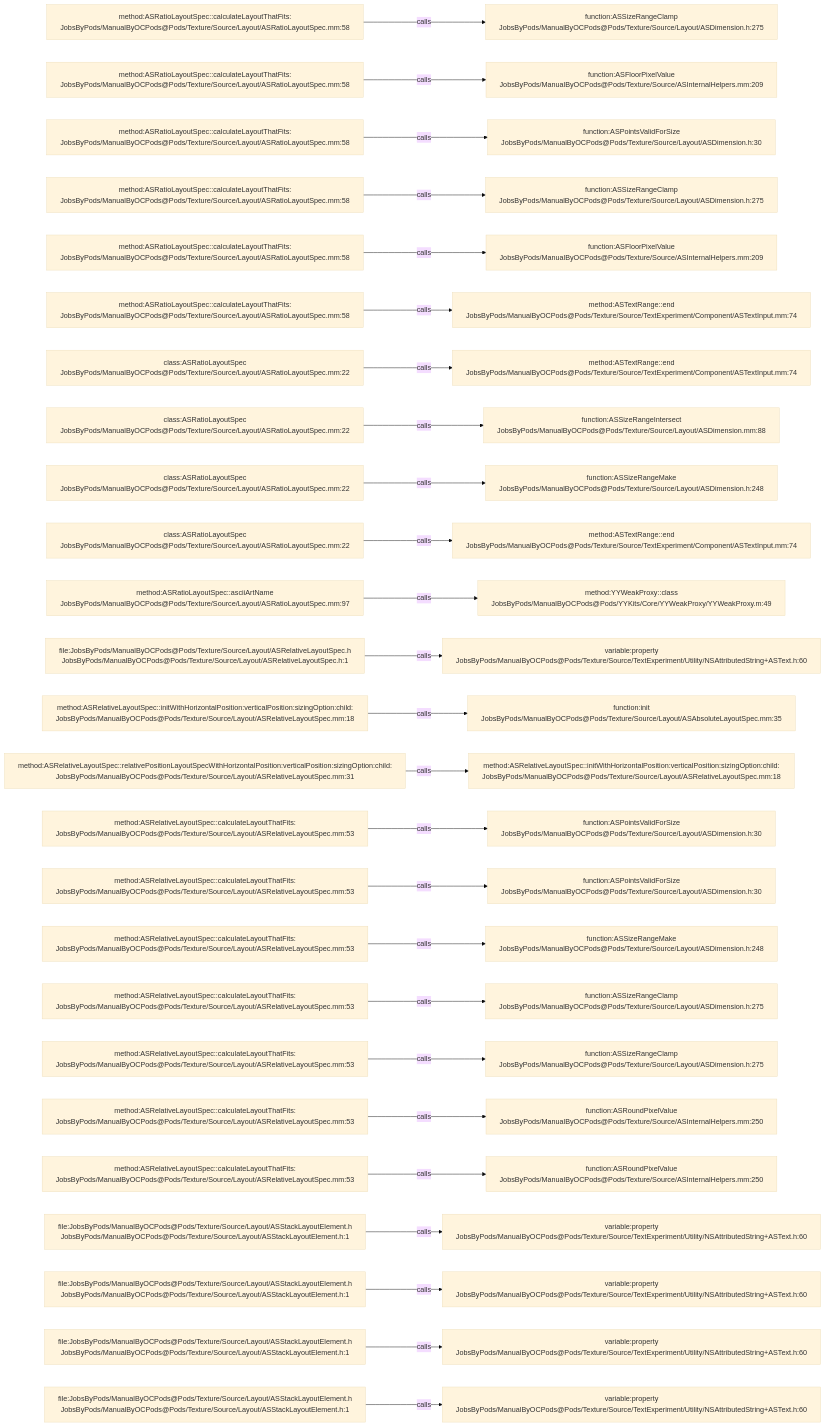
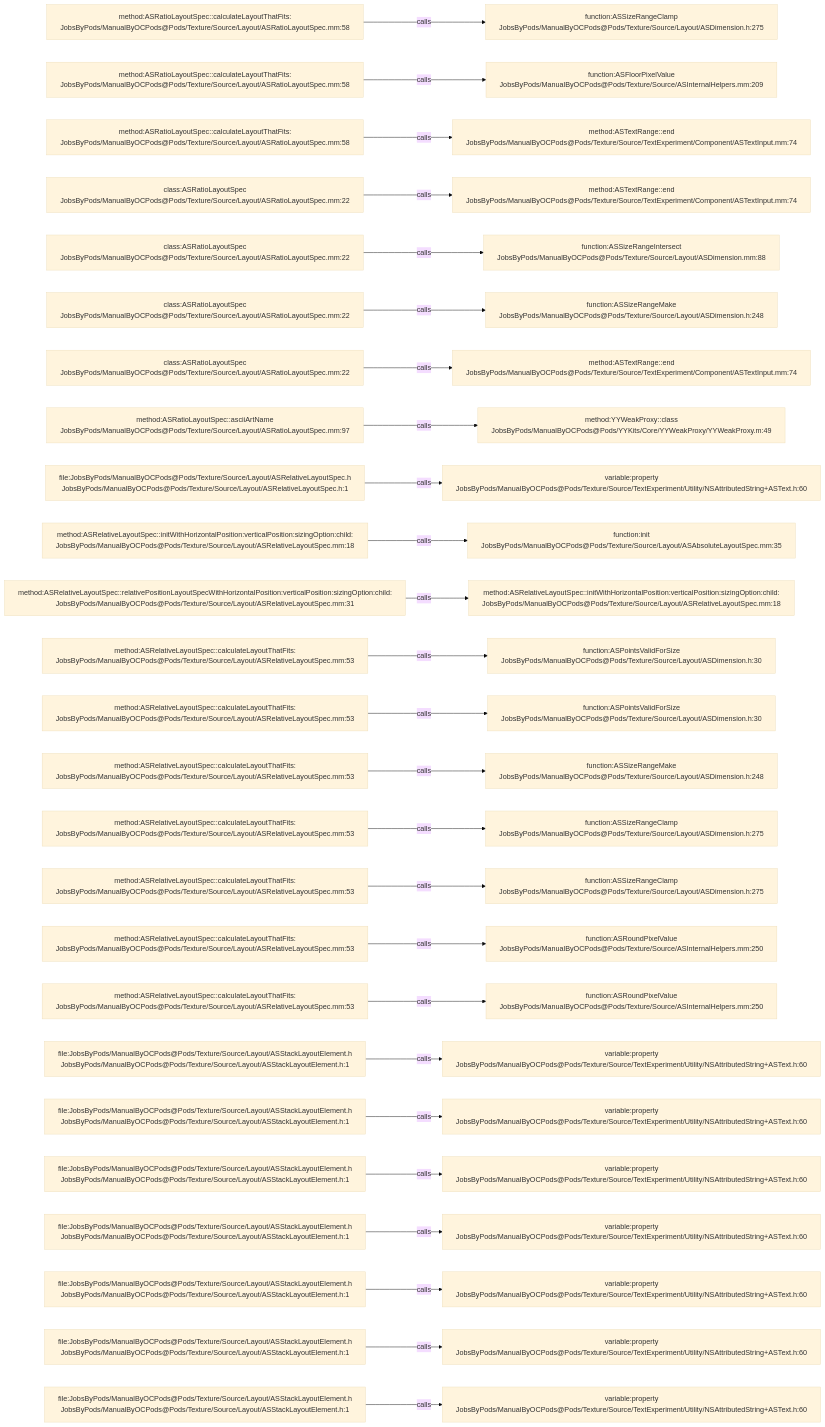
One commit to JobsKits/JobsOCBaseConfigDemo changed the diagram in .codegraph/codegraph.md/graphs/calls-184.md. Above: the diagram before and after it, drawn with Mermaid (base theme). The commit also changed 342 other files, not shown here.

````diff
--- a/.codegraph/codegraph.md/graphs/calls-184.md
+++ b/.codegraph/codegraph.md/graphs/calls-184.md
@@ -13,78 +13,78 @@
 ```mermaid
 flowchart LR
   S1["method:ASRatioLayoutSpec::calculateLayoutThatFits:<br/>JobsByPods/ManualByOCPods@Pods/Texture/Source/Layout/ASRatioLayoutSpec.mm:58"]
   T1["function:ASSizeRangeClamp<br/>JobsByPods/ManualByOCPods@Pods/Texture/Source/Layout/ASDimension.h:275"]
   S1 -->|calls| T1
   S2["method:ASRatioLayoutSpec::calculateLayoutThatFits:<br/>JobsByPods/ManualByOCPods@Pods/Texture/Source/Layout/ASRatioLayoutSpec.mm:58"]
   T2["function:ASFloorPixelValue<br/>JobsByPods/ManualByOCPods@Pods/Texture/Source/ASInternalHelpers.mm:209"]
   S2 -->|calls| T2
   S3["method:ASRatioLayoutSpec::calculateLayoutThatFits:<br/>JobsByPods/ManualByOCPods@Pods/Texture/Source/Layout/ASRatioLayoutSpec.mm:58"]
-  T3["function:ASPointsValidForSize<br/>JobsByPods/ManualByOCPods@Pods/Texture/Source/Layout/ASDimension.h:30"]
+  T3["method:ASTextRange::end<br/>JobsByPods/ManualByOCPods@Pods/Texture/Source/TextExperiment/Component/ASTextInput.mm:74"]
   S3 -->|calls| T3
-  S4["method:ASRatioLayoutSpec::calculateLayoutThatFits:<br/>JobsByPods/ManualByOCPods@Pods/Texture/Source/Layout/ASRatioLayoutSpec.mm:58"]
-  T4["function:ASSizeRangeClamp<br/>JobsByPods/ManualByOCPods@Pods/Texture/Source/Layout/ASDimension.h:275"]
+  S4["class:ASRatioLayoutSpec<br/>JobsByPods/ManualByOCPods@Pods/Texture/Source/Layout/ASRatioLayoutSpec.mm:22"]
+  T4["method:ASTextRange::end<br/>JobsByPods/ManualByOCPods@Pods/Texture/Source/TextExperiment/Component/ASTextInput.mm:74"]
   S4 -->|calls| T4
-  S5["method:ASRatioLayoutSpec::calculateLayoutThatFits:<br/>JobsByPods/ManualByOCPods@Pods/Texture/Source/Layout/ASRatioLayoutSpec.mm:58"]
-  T5["function:ASFloorPixelValue<br/>JobsByPods/ManualByOCPods@Pods/Texture/Source/ASInternalHelpers.mm:209"]
+  S5["class:ASRatioLayoutSpec<br/>JobsByPods/ManualByOCPods@Pods/Texture/Source/Layout/ASRatioLayoutSpec.mm:22"]
+  T5["function:ASSizeRangeIntersect<br/>JobsByPods/ManualByOCPods@Pods/Texture/Source/Layout/ASDimension.mm:88"]
   S5 -->|calls| T5
-  S6["method:ASRatioLayoutSpec::calculateLayoutThatFits:<br/>JobsByPods/ManualByOCPods@Pods/Texture/Source/Layout/ASRatioLayoutSpec.mm:58"]
-  T6["method:ASTextRange::end<br/>JobsByPods/ManualByOCPods@Pods/Texture/Source/TextExperiment/Component/ASTextInput.mm:74"]
+  S6["class:ASRatioLayoutSpec<br/>JobsByPods/ManualByOCPods@Pods/Texture/Source/Layout/ASRatioLayoutSpec.mm:22"]
+  T6["function:ASSizeRangeMake<br/>JobsByPods/ManualByOCPods@Pods/Texture/Source/Layout/ASDimension.h:248"]
   S6 -->|calls| T6
   S7["class:ASRatioLayoutSpec<br/>JobsByPods/ManualByOCPods@Pods/Texture/Source/Layout/ASRatioLayoutSpec.mm:22"]
   T7["method:ASTextRange::end<br/>JobsByPods/ManualByOCPods@Pods/Texture/Source/TextExperiment/Component/ASTextInput.mm:74"]
   S7 -->|calls| T7
-  S8["class:ASRatioLayoutSpec<br/>JobsByPods/ManualByOCPods@Pods/Texture/Source/Layout/ASRatioLayoutSpec.mm:22"]
-  T8["function:ASSizeRangeIntersect<br/>JobsByPods/ManualByOCPods@Pods/Texture/Source/Layout/ASDimension.mm:88"]
+  S8["method:ASRatioLayoutSpec::asciiArtName<br/>JobsByPods/ManualByOCPods@Pods/Texture/Source/Layout/ASRatioLayoutSpec.mm:97"]
+  T8["method:YYWeakProxy::class<br/>JobsByPods/ManualByOCPods@Pods/YYKits/Core/YYWeakProxy/YYWeakProxy.m:49"]
   S8 -->|calls| T8
-  S9["class:ASRatioLayoutSpec<br/>JobsByPods/ManualByOCPods@Pods/Texture/Source/Layout/ASRatioLayoutSpec.mm:22"]
-  T9["function:ASSizeRangeMake<br/>JobsByPods/ManualByOCPods@Pods/Texture/Source/Layout/ASDimension.h:248"]
+  S9["file:JobsByPods/ManualByOCPods@Pods/Texture/Source/Layout/ASRelativeLayoutSpec.h<br/>JobsByPods/ManualByOCPods@Pods/Texture/Source/Layout/ASRelativeLayoutSpec.h:1"]
+  T9["variable:property<br/>JobsByPods/ManualByOCPods@Pods/Texture/Source/TextExperiment/Utility/NSAttributedString+ASText.h:60"]
   S9 -->|calls| T9
-  S10["class:ASRatioLayoutSpec<br/>JobsByPods/ManualByOCPods@Pods/Texture/Source/Layout/ASRatioLayoutSpec.mm:22"]
-  T10["method:ASTextRange::end<br/>JobsByPods/ManualByOCPods@Pods/Texture/Source/TextExperiment/Component/ASTextInput.mm:74"]
+  S10["method:ASRelativeLayoutSpec::initWithHorizontalPosition:verticalPosition:sizingOption:child:<br/>JobsByPods/ManualByOCPods@Pods/Texture/Source/Layout/ASRelativeLayoutSpec.mm:18"]
+  T10["function:init<br/>JobsByPods/ManualByOCPods@Pods/Texture/Source/Layout/ASAbsoluteLayoutSpec.mm:35"]
   S10 -->|calls| T10
-  S11["method:ASRatioLayoutSpec::asciiArtName<br/>JobsByPods/ManualByOCPods@Pods/Texture/Source/Layout/ASRatioLayoutSpec.mm:97"]
-  T11["method:YYWeakProxy::class<br/>JobsByPods/ManualByOCPods@Pods/YYKits/Core/YYWeakProxy/YYWeakProxy.m:49"]
+  S11["method:ASRelativeLayoutSpec::relativePositionLayoutSpecWithHorizontalPosition:verticalPosition:sizingOption:child:<br/>JobsByPods/ManualByOCPods@Pods/Texture/Source/Layout/ASRelativeLayoutSpec.mm:31"]
+  T11["method:ASRelativeLayoutSpec::initWithHorizontalPosition:verticalPosition:sizingOption:child:<br/>JobsByPods/ManualByOCPods@Pods/Texture/Source/Layout/ASRelativeLayoutSpec.mm:18"]
   S11 -->|calls| T11
-  S12["file:JobsByPods/ManualByOCPods@Pods/Texture/Source/Layout/ASRelativeLayoutSpec.h<br/>JobsByPods/ManualByOCPods@Pods/Texture/Source/Layout/ASRelativeLayoutSpec.h:1"]
-  T12["variable:property<br/>JobsByPods/ManualByOCPods@Pods/Texture/Source/TextExperiment/Utility/NSAttributedString+ASText.h:60"]
+  S12["method:ASRelativeLayoutSpec::calculateLayoutThatFits:<br/>JobsByPods/ManualByOCPods@Pods/Texture/Source/Layout/ASRelativeLayoutSpec.mm:53"]
+  T12["function:ASPointsValidForSize<br/>JobsByPods/ManualByOCPods@Pods/Texture/Source/Layout/ASDimension.h:30"]
   S12 -->|calls| T12
-  S13["method:ASRelativeLayoutSpec::initWithHorizontalPosition:verticalPosition:sizingOption:child:<br/>JobsByPods/ManualByOCPods@Pods/Texture/Source/Layout/ASRelativeLayoutSpec.mm:18"]
-  T13["function:init<br/>JobsByPods/ManualByOCPods@Pods/Texture/Source/Layout/ASAbsoluteLayoutSpec.mm:35"]
+  S13["method:ASRelativeLayoutSpec::calculateLayoutThatFits:<br/>JobsByPods/ManualByOCPods@Pods/Texture/Source/Layout/ASRelativeLayoutSpec.mm:53"]
+  T13["function:ASPointsValidForSize<br/>JobsByPods/ManualByOCPods@Pods/Texture/Source/Layout/ASDimension.h:30"]
   S13 -->|calls| T13
-  S14["method:ASRelativeLayoutSpec::relativePositionLayoutSpecWithHorizontalPosition:verticalPosition:sizingOption:child:<br/>JobsByPods/ManualByOCPods@Pods/Texture/Source/Layout/ASRelativeLayoutSpec.mm:31"]
-  T14["method:ASRelativeLayoutSpec::initWithHorizontalPosition:verticalPosition:sizingOption:child:<br/>JobsByPods/ManualByOCPods@Pods/Texture/Source/Layout/ASRelativeLayoutSpec.mm:18"]
+  S14["method:ASRelativeLayoutSpec::calculateLayoutThatFits:<br/>JobsByPods/ManualByOCPods@Pods/Texture/Source/Layout/ASRelativeLayoutSpec.mm:53"]
+  T14["function:ASSizeRangeMake<br/>JobsByPods/ManualByOCPods@Pods/Texture/Source/Layout/ASDimension.h:248"]
   S14 -->|calls| T14
   S15["method:ASRelativeLayoutSpec::calculateLayoutThatFits:<br/>JobsByPods/ManualByOCPods@Pods/Texture/Source/Layout/ASRelativeLayoutSpec.mm:53"]
-  T15["function:ASPointsValidForSize<br/>JobsByPods/ManualByOCPods@Pods/Texture/Source/Layout/ASDimension.h:30"]
+  T15["function:ASSizeRangeClamp<br/>JobsByPods/ManualByOCPods@Pods/Texture/Source/Layout/ASDimension.h:275"]
   S15 -->|calls| T15
   S16["method:ASRelativeLayoutSpec::calculateLayoutThatFits:<br/>JobsByPods/ManualByOCPods@Pods/Texture/Source/Layout/ASRelativeLayoutSpec.mm:53"]
-  T16["function:ASPointsValidForSize<br/>JobsByPods/ManualByOCPods@Pods/Texture/Source/Layout/ASDimension.h:30"]
+  T16["function:ASSizeRangeClamp<br/>JobsByPods/ManualByOCPods@Pods/Texture/Source/Layout/ASDimension.h:275"]
   S16 -->|calls| T16
   S17["method:ASRelativeLayoutSpec::calculateLayoutThatFits:<br/>JobsByPods/ManualByOCPods@Pods/Texture/Source/Layout/ASRelativeLayoutSpec.mm:53"]
-  T17["function:ASSizeRangeMake<br/>JobsByPods/ManualByOCPods@Pods/Texture/Source/Layout/ASDimension.h:248"]
+  T17["function:ASRoundPixelValue<br/>JobsByPods/ManualByOCPods@Pods/Texture/Source/ASInternalHelpers.mm:250"]
   S17 -->|calls| T17
   S18["method:ASRelativeLayoutSpec::calculateLayoutThatFits:<br/>JobsByPods/ManualByOCPods@Pods/Texture/Source/Layout/ASRelativeLayoutSpec.mm:53"]
-  T18["function:ASSizeRangeClamp<br/>JobsByPods/ManualByOCPods@Pods/Texture/Source/Layout/ASDimension.h:275"]
+  T18["function:ASRoundPixelValue<br/>JobsByPods/ManualByOCPods@Pods/Texture/Source/ASInternalHelpers.mm:250"]
   S18 -->|calls| T18
-  S19["method:ASRelativeLayoutSpec::calculateLayoutThatFits:<br/>JobsByPods/ManualByOCPods@Pods/Texture/Source/Layout/ASRelativeLayoutSpec.mm:53"]
-  T19["function:ASSizeRangeClamp<br/>JobsByPods/ManualByOCPods@Pods/Texture/Source/Layout/ASDimension.h:275"]
+  S19["file:JobsByPods/ManualByOCPods@Pods/Texture/Source/Layout/ASStackLayoutElement.h<br/>JobsByPods/ManualByOCPods@Pods/Texture/Source/Layout/ASStackLayoutElement.h:1"]
+  T19["variable:property<br/>JobsByPods/ManualByOCPods@Pods/Texture/Source/TextExperiment/Utility/NSAttributedString+ASText.h:60"]
   S19 -->|calls| T19
-  S20["method:ASRelativeLayoutSpec::calculateLayoutThatFits:<br/>JobsByPods/ManualByOCPods@Pods/Texture/Source/Layout/ASRelativeLayoutSpec.mm:53"]
-  T20["function:ASRoundPixelValue<br/>JobsByPods/ManualByOCPods@Pods/Texture/Source/ASInternalHelpers.mm:250"]
+  S20["file:JobsByPods/ManualByOCPods@Pods/Texture/Source/Layout/ASStackLayoutElement.h<br/>JobsByPods/ManualByOCPods@Pods/Texture/Source/Layout/ASStackLayoutElement.h:1"]
+  T20["variable:property<br/>JobsByPods/ManualByOCPods@Pods/Texture/Source/TextExperiment/Utility/NSAttributedString+ASText.h:60"]
   S20 -->|calls| T20
-  S21["method:ASRelativeLayoutSpec::calculateLayoutThatFits:<br/>JobsByPods/ManualByOCPods@Pods/Texture/Source/Layout/ASRelativeLayoutSpec.mm:53"]
-  T21["function:ASRoundPixelValue<br/>JobsByPods/ManualByOCPods@Pods/Texture/Source/ASInternalHelpers.mm:250"]
+  S21["file:JobsByPods/ManualByOCPods@Pods/Texture/Source/Layout/ASStackLayoutElement.h<br/>JobsByPods/ManualByOCPods@Pods/Texture/Source/Layout/ASStackLayoutElement.h:1"]
+  T21["variable:property<br/>JobsByPods/ManualByOCPods@Pods/Texture/Source/TextExperiment/Utility/NSAttributedString+ASText.h:60"]
   S21 -->|calls| T21
   S22["file:JobsByPods/ManualByOCPods@Pods/Texture/Source/Layout/ASStackLayoutElement.h<br/>JobsByPods/ManualByOCPods@Pods/Texture/Source/Layout/ASStackLayoutElement.h:1"]
   T22["variable:property<br/>JobsByPods/ManualByOCPods@Pods/Texture/Source/TextExperiment/Utility/NSAttributedString+ASText.h:60"]
   S22 -->|calls| T22
   S23["file:JobsByPods/ManualByOCPods@Pods/Texture/Source/Layout/ASStackLayoutElement.h<br/>JobsByPods/ManualByOCPods@Pods/Texture/Source/Layout/ASStackLayoutElement.h:1"]
   T23["variable:property<br/>JobsByPods/ManualByOCPods@Pods/Texture/Source/TextExperiment/Utility/NSAttributedString+ASText.h:60"]
   S23 -->|calls| T23
   S24["file:JobsByPods/ManualByOCPods@Pods/Texture/Source/Layout/ASStackLayoutElement.h<br/>JobsByPods/ManualByOCPods@Pods/Texture/Source/Layout/ASStackLayoutElement.h:1"]
   T24["variable:property<br/>JobsByPods/ManualByOCPods@Pods/Texture/Source/TextExperiment/Utility/NSAttributedString+ASText.h:60"]
   S24 -->|calls| T24
   S25["file:JobsByPods/ManualByOCPods@Pods/Texture/Source/Layout/ASStackLayoutElement.h<br/>JobsByPods/ManualByOCPods@Pods/Texture/Source/Layout/ASStackLayoutElement.h:1"]
   T25["variable:property<br/>JobsByPods/ManualByOCPods@Pods/Texture/Source/TextExperiment/Utility/NSAttributedString+ASText.h:60"]
   S25 -->|calls| T25
 ```
````
